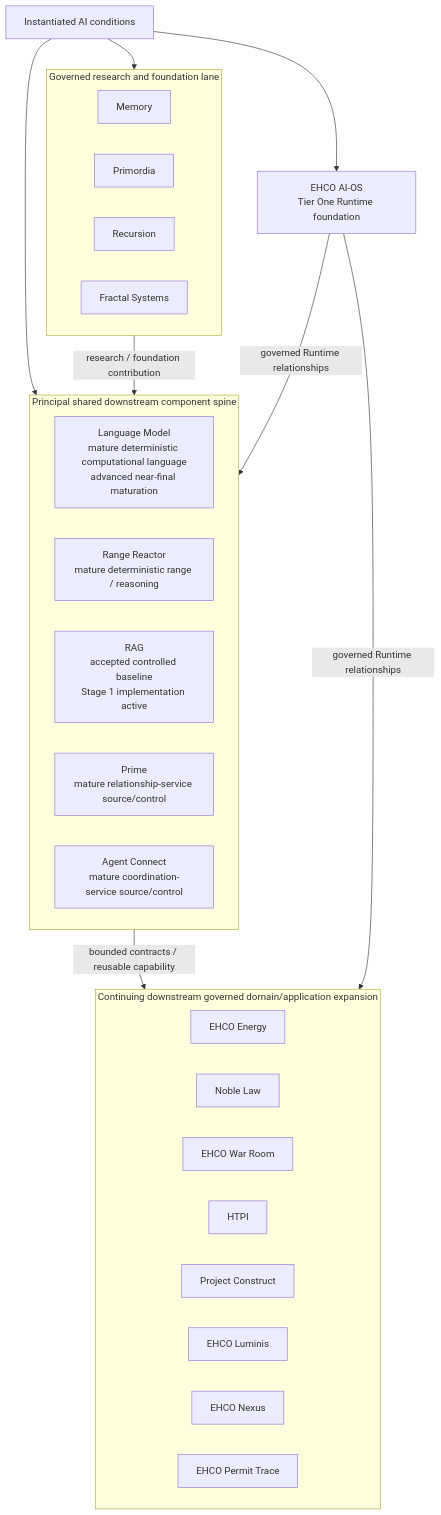
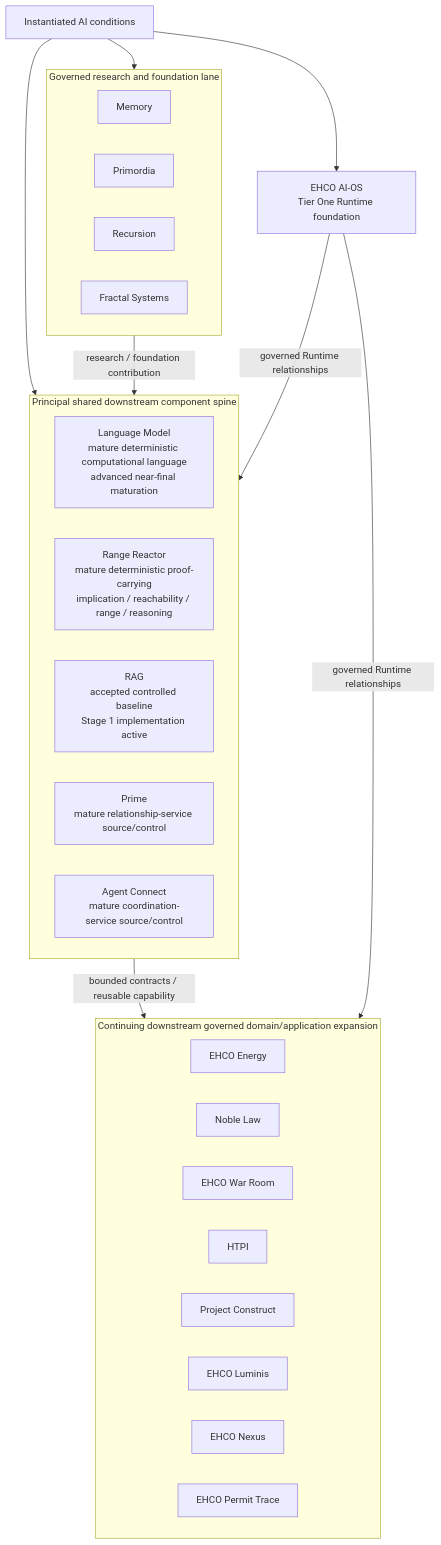
Before and after one commit to EHCOnomics-Systems/EHCOsystem: the third of 4 diagrams in architecture/diagrams/README.md, drawn with Mermaid. The commit also changed other lines of this file and 15 other files, not shown here.

First line of the commit message:
Add Range Reactor public capability and evidence route (#30)

````diff
--- a/architecture/diagrams/README.md
+++ b/architecture/diagrams/README.md
@@ -67,39 +67,39 @@
 ```mermaid
 flowchart TD
     CAT[Instantiated AI conditions]
     RT[EHCO AI-OS<br/>Tier One Runtime foundation]
 
     subgraph Spine[Principal shared downstream component spine]
         LM[Language Model<br/>mature deterministic computational language<br/>advanced near-final maturation]
-        RR[Range Reactor<br/>mature deterministic range / reasoning]
+        RR[Range Reactor<br/>mature deterministic proof-carrying<br/>implication / reachability / range / reasoning]
         RAG[RAG<br/>accepted controlled baseline<br/>Stage 1 implementation active]
         PRIME[Prime<br/>mature relationship-service source/control]
         AC[Agent Connect<br/>mature coordination-service source/control]
     end
 
     subgraph Research[Governed research and foundation lane]
         MEM[Memory]
         PRIM[Primordia]
         REC[Recursion]
         FRA[Fractal Systems]
     end
 
     subgraph Apps[Continuing downstream governed domain/application expansion]
         EN[EHCO Energy]
         NL[Noble Law]
         WR[EHCO War Room]
         H[HTPI]
         PC[Project Construct]
         LU[EHCO Luminis]
         N[EHCO Nexus]
         PT[EHCO Permit Trace]
     end
 
     CAT --> RT
     CAT --> Spine
     CAT --> Research
     Spine -->|bounded contracts / reusable capability| Apps
     Research -->|research / foundation contribution| Spine
     RT -->|governed Runtime relationships| Spine
     RT -->|governed Runtime relationships| Apps
 ```
````
